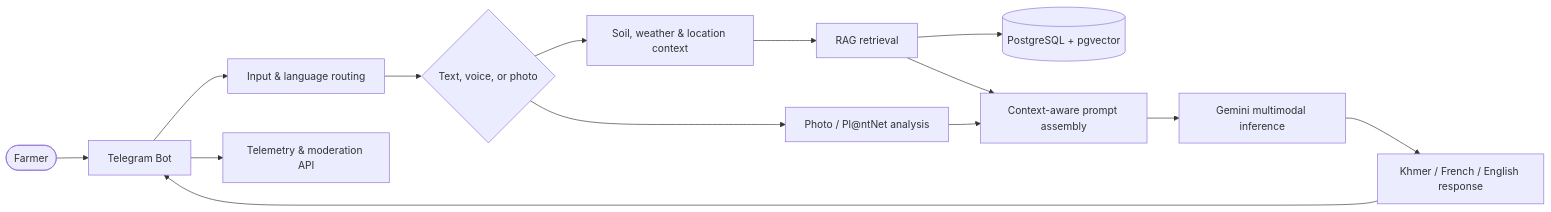
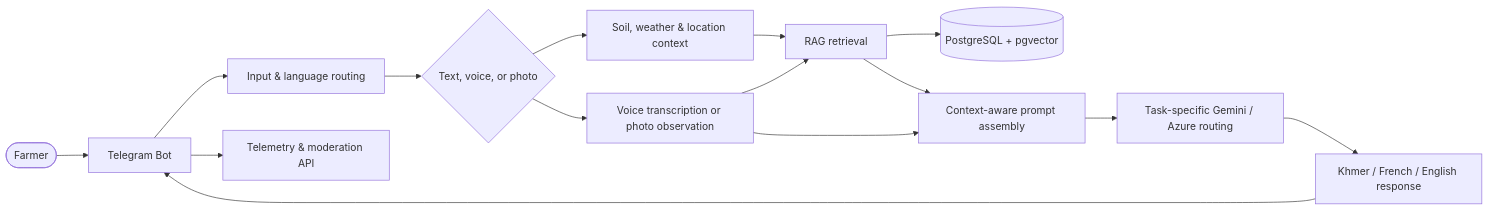
The diagram in README.md (Krova-Lab/agribot), drawn with Mermaid before and after one commit. The commit also changed other lines of this file and 8 other files, not shown here.

````diff
--- a/README.md
+++ b/README.md
@@ -51,16 +51,17 @@
 ```mermaid
 flowchart LR
     Farmer([Farmer]) --> Telegram[Telegram Bot]
     Telegram --> Router[Input & language routing]
     Router --> Media{Text, voice, or photo}
     Media --> Context[Soil, weather & location context]
-    Media --> Vision[Photo / Pl@ntNet analysis]
+    Media --> Vision[Voice transcription or photo observation]
+    Vision --> Retrieval
     Context --> Retrieval[RAG retrieval]
     Retrieval --> PG[(PostgreSQL + pgvector)]
     Retrieval --> Prompt[Context-aware prompt assembly]
     Vision --> Prompt
-    Prompt --> Gemini[Gemini multimodal inference]
-    Gemini --> Reply[Khmer / French / English response]
+    Prompt --> Models[Task-specific Gemini / Azure routing]
+    Models --> Reply[Khmer / French / English response]
     Reply --> Telegram
     Telegram --> Audit[Telemetry & moderation API]
 ```
````
